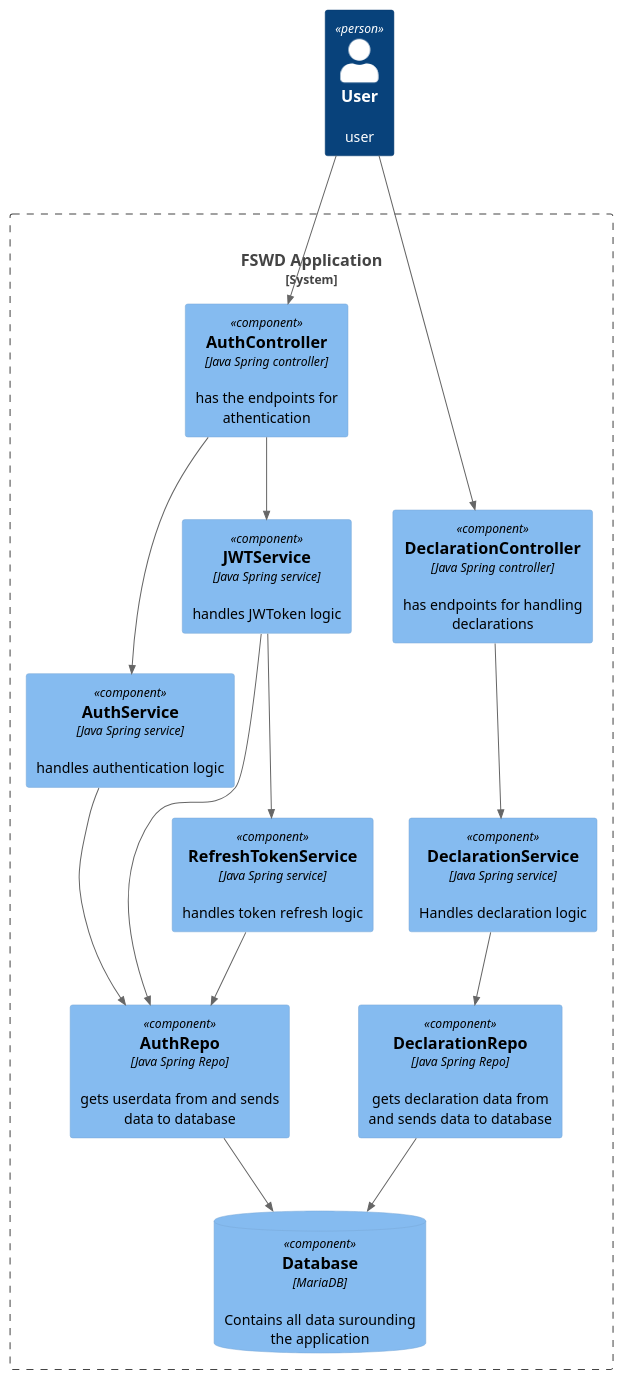
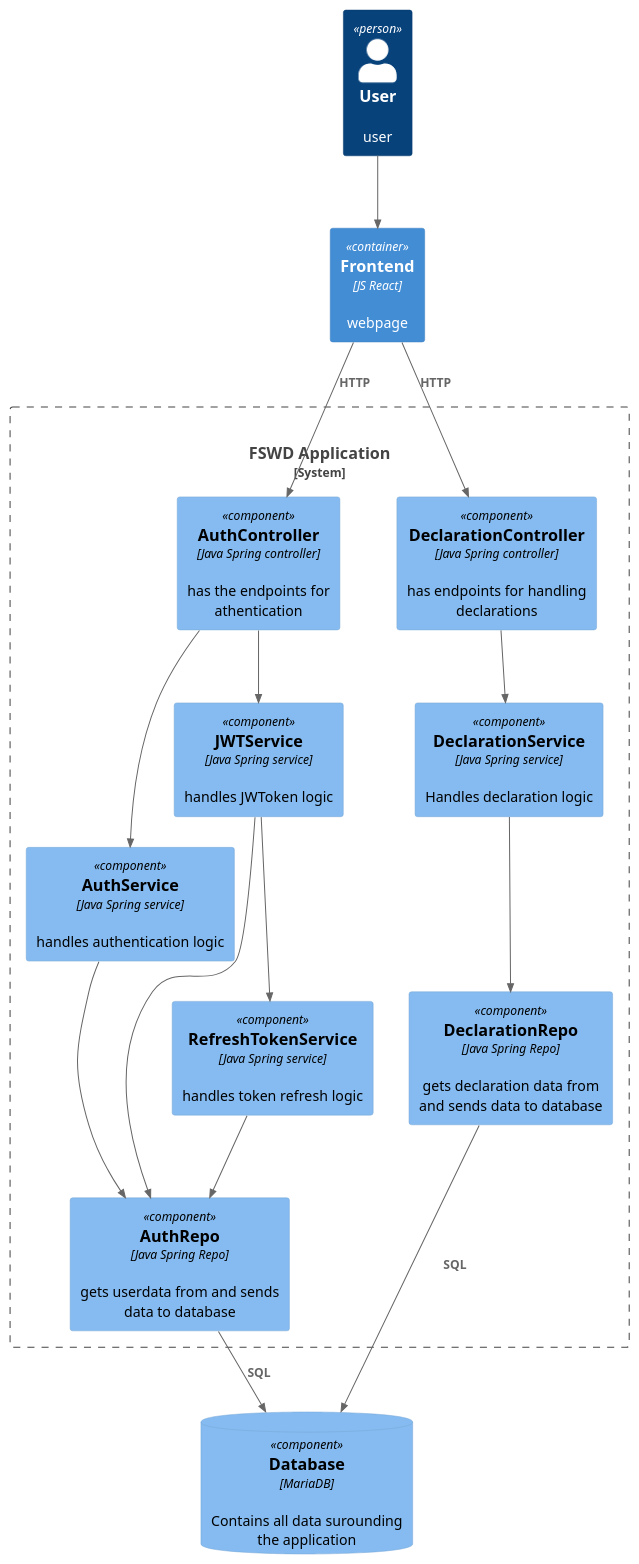
Before and after one commit to AIM-ENE-feb25/triptop-groep-b1: the diagram in Les-Opdrachten/Week-2/Les-1/Container-diagram-FSWD.puml, drawn with PlantUML.

```diff
--- a/Les-Opdrachten/Week-2/Les-1/Container-diagram-FSWD.puml
+++ b/Les-Opdrachten/Week-2/Les-1/Container-diagram-FSWD.puml
@@ -1,36 +1,38 @@
 @startuml
 !include https://raw.githubusercontent.com/plantuml-stdlib/C4-PlantUML/master/C4_Component.puml
 !include <C4/C4>
 !include <C4/C4_Context>
 !include <C4/C4_Container>
 !include <C4/C4_Component>
 
 Person(User, "User", "user")
+Container(Frontend, "Frontend", "JS React", "webpage")
 System_Boundary(System, "FSWD Application"){
 Component(AuthController, "AuthController", "Java Spring controller", "has the endpoints for athentication")
 Component(DeclarationController, "DeclarationController","Java Spring controller", "has endpoints for handling declarations")
 Component(AuthService, "AuthService", "Java Spring service", handles authentication logic)
 Component(DeclarationService, "DeclarationService","Java Spring service", "Handles declaration logic")
 Component(JWTService, "JWTService", "Java Spring service","handles JWToken logic")
 Component(RefreshTokenService, "RefreshTokenService", "Java Spring service","handles token refresh logic")
 Component(DeclarationRepo, "DeclarationRepo","Java Spring Repo", "gets declaration data from and sends data to database")
 Component(AuthRepo, "AuthRepo","Java Spring Repo", "gets userdata from and sends data to database")
+}
 ComponentDb(Database, "Database", "MariaDB", "Contains all data surounding the application")
-}
 
-Rel(User, AuthController, "")
-Rel(User, DeclarationController, "")
+Rel(User, Frontend, "")
+Rel(Frontend, AuthController, "HTTP")
+Rel(Frontend, DeclarationController, "HTTP")
 Rel(AuthController, AuthService, "")
 Rel(AuthController, "JWTService", "")
 Rel(DeclarationController, DeclarationService, "")
 Rel(JWTService, RefreshTokenService, "")
 Rel(DeclarationService, DeclarationRepo, "")
 Rel(AuthService, AuthRepo, "")
-Rel(AuthRepo, Database, "")
-Rel(DeclarationRepo, Database, "")
+Rel(AuthRepo, Database, "SQL")
+Rel(DeclarationRepo, Database, "SQL")
 Rel(RefreshTokenService, "AuthRepo", "")
 Rel(JWTService, AuthRepo, "")
 
 
 
 @enduml
```
